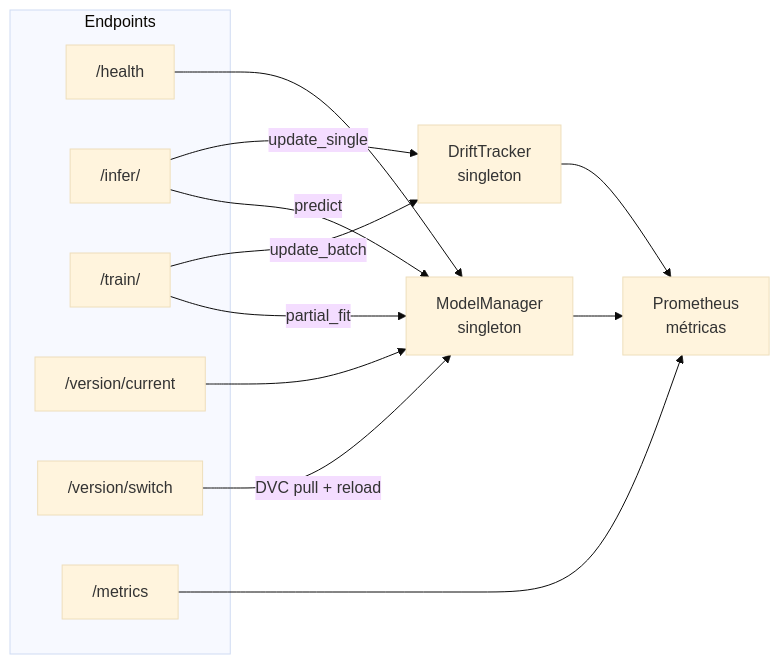
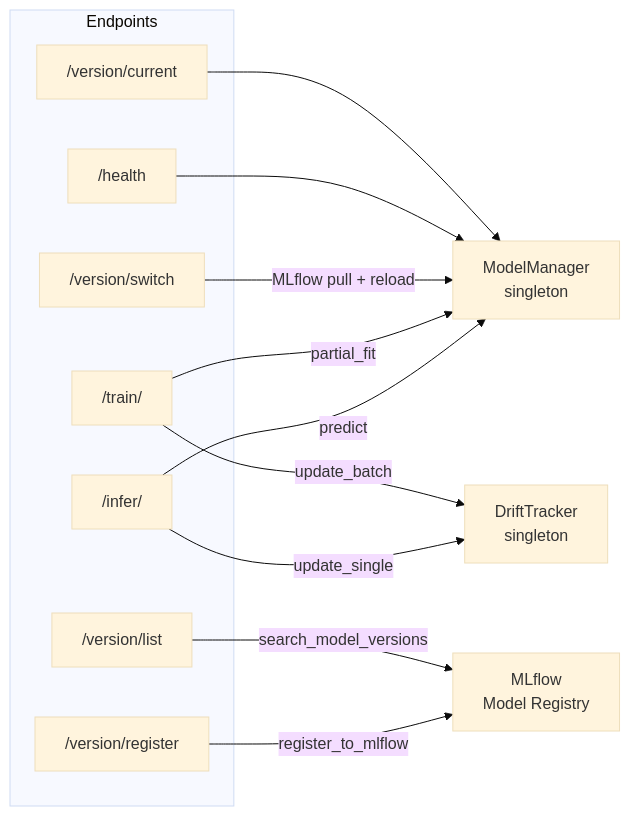
One commit to VSXR/PipelineModeling changed the diagram in docs/api.md. Above: the diagram before and after it, drawn with Mermaid (base theme). The commit also changed other lines of this file and 19 other files, not shown here.

````diff
--- a/docs/api.md
+++ b/docs/api.md
@@ -6,26 +6,26 @@
 ```mermaid
 graph LR
     subgraph endpoints["Endpoints"]
         H["/health"]
         I["/infer/"]
         T["/train/"]
         VC["/version/current"]
         VS["/version/switch"]
-        M["/metrics"]
+        VL["/version/list"]
+        VR["/version/register"]
     end
 
     MM["ModelManager\nsingleton"]
     DT["DriftTracker\nsingleton"]
-    PROM["Prometheus\nmétricas"]
+    MLF["MLflow\nModel Registry"]
 
     I -->|predict| MM
     I -->|update_single| DT
     T -->|partial_fit| MM
     T -->|update_batch| DT
-    VS -->|DVC pull + reload| MM
-    MM --> PROM
-    DT --> PROM
+    VS -->|MLflow pull + reload| MM
+    VR -->|register_to_mlflow| MLF
+    VL -->|search_model_versions| MLF
     H --> MM
     VC --> MM
-    M --> PROM
 ```
````
